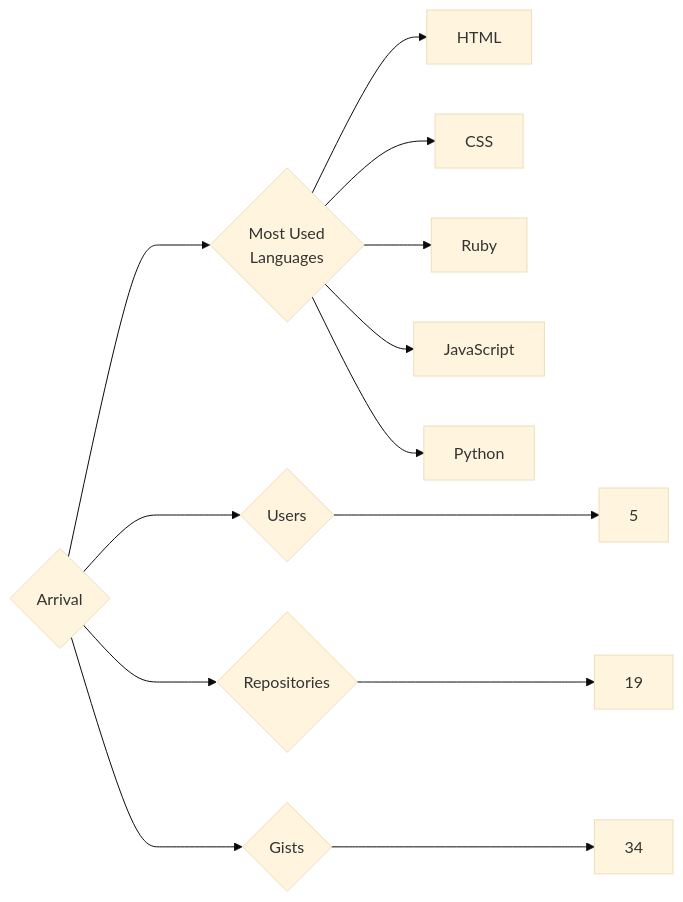
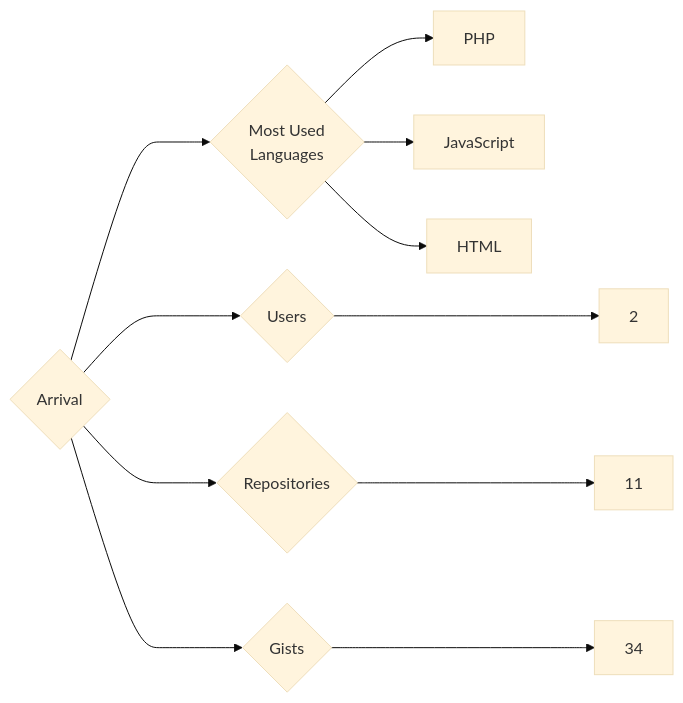
Before and after one commit to trickest/insiders: the diagram in targets/Arrival/README.md, drawn with Mermaid (base theme). The commit also changed 1023 other files, not shown here.

````diff
--- a/targets/Arrival/README.md
+++ b/targets/Arrival/README.md
@@ -3,13 +3,11 @@
 ```mermaid
 graph LR
 COMPANY_NAME{Arrival}
-COMPANY_NAME ---> U{Users} ---> UN[5]
-COMPANY_NAME ---> R{Repositories} ---> RN[19]
+COMPANY_NAME ---> U{Users} ---> UN[2]
+COMPANY_NAME ---> R{Repositories} ---> RN[11]
 COMPANY_NAME ---> G{Gists} ---> GN[34]
 COMPANY_NAME ---> ML{Most Used<br>Languages}
+ML --> PHP[PHP]
+ML --> JavaScript[JavaScript]
 ML --> HTML[HTML]
-ML --> CSS[CSS]
-ML --> Ruby[Ruby]
-ML --> JavaScript[JavaScript]
-ML --> Python[Python]
 ```
````
